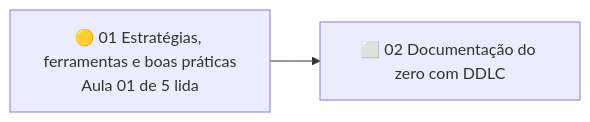
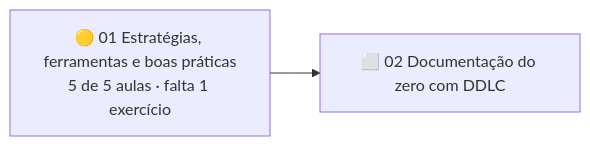
Before and after one commit to letsprown-code/po-learning-journal: the fourth of 5 diagrams in mapa-de-estudos.md, drawn with Mermaid. The commit also changed other lines of this file and 4 other files, not shown here.

First line of the commit message:
Alura TW 01 aula 5: Planejamento e análise (nota, plano de documentação das Caixinhas, glossário, mapa)

```diff
--- a/mapa-de-estudos.md
+++ b/mapa-de-estudos.md
@@ -140,4 +140,4 @@
 ~~~mermaid
 flowchart LR
-    C1["🟡 01 Estratégias, ferramentas e boas práticas<br/>Aula 01 de 5 lida"] --> C2["⬜ 02 Documentação do zero com DDLC"]
+    C1["🟡 01 Estratégias, ferramentas e boas práticas<br/>5 de 5 aulas · falta 1 exercício"] --> C2["⬜ 02 Documentação do zero com DDLC"]
 ~~~
```
